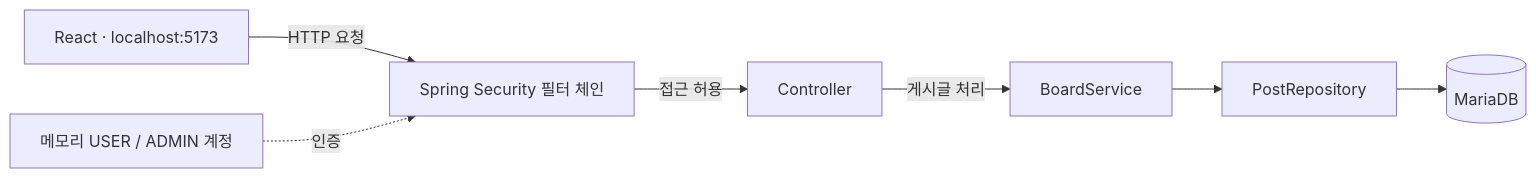
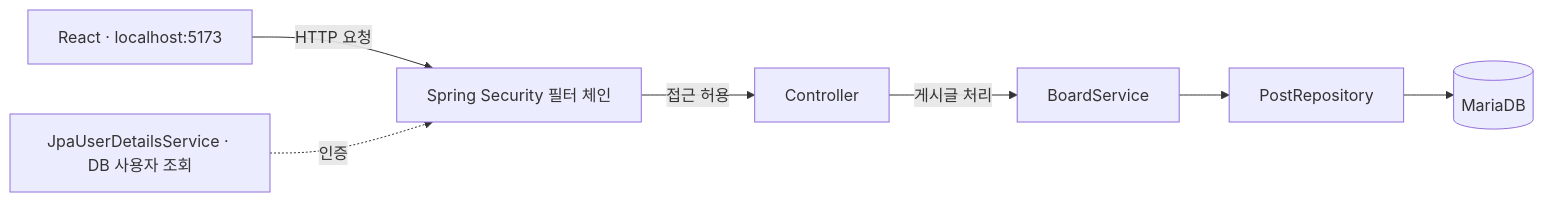
The diagram in README.md (dka5753/Korum), drawn with Mermaid before and after one commit. The commit also changed other lines of this file and 10 other files, not shown here.

````diff
--- a/README.md
+++ b/README.md
@@ -92,9 +99,9 @@
 ```mermaid
 flowchart LR
     A["React · localhost:5173"] -->|HTTP 요청| B["Spring Security 필터 체인"]
     B -->|접근 허용| C[Controller]
     C -->|게시글 처리| D[BoardService]
     D --> E[PostRepository]
     E --> F[(MariaDB)]
-    G["메모리 USER / ADMIN 계정"] -. 인증 .-> B
+    G["JpaUserDetailsService · DB 사용자 조회"] -. 인증 .-> B
 ```
````
